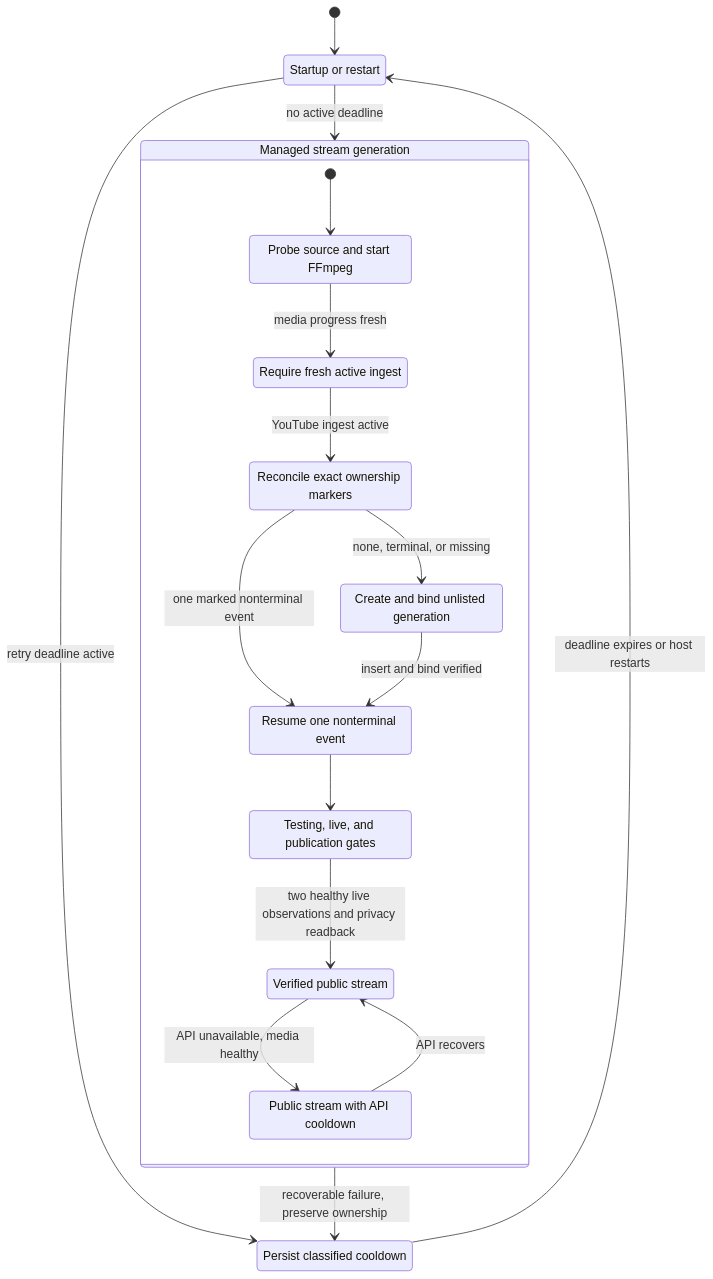
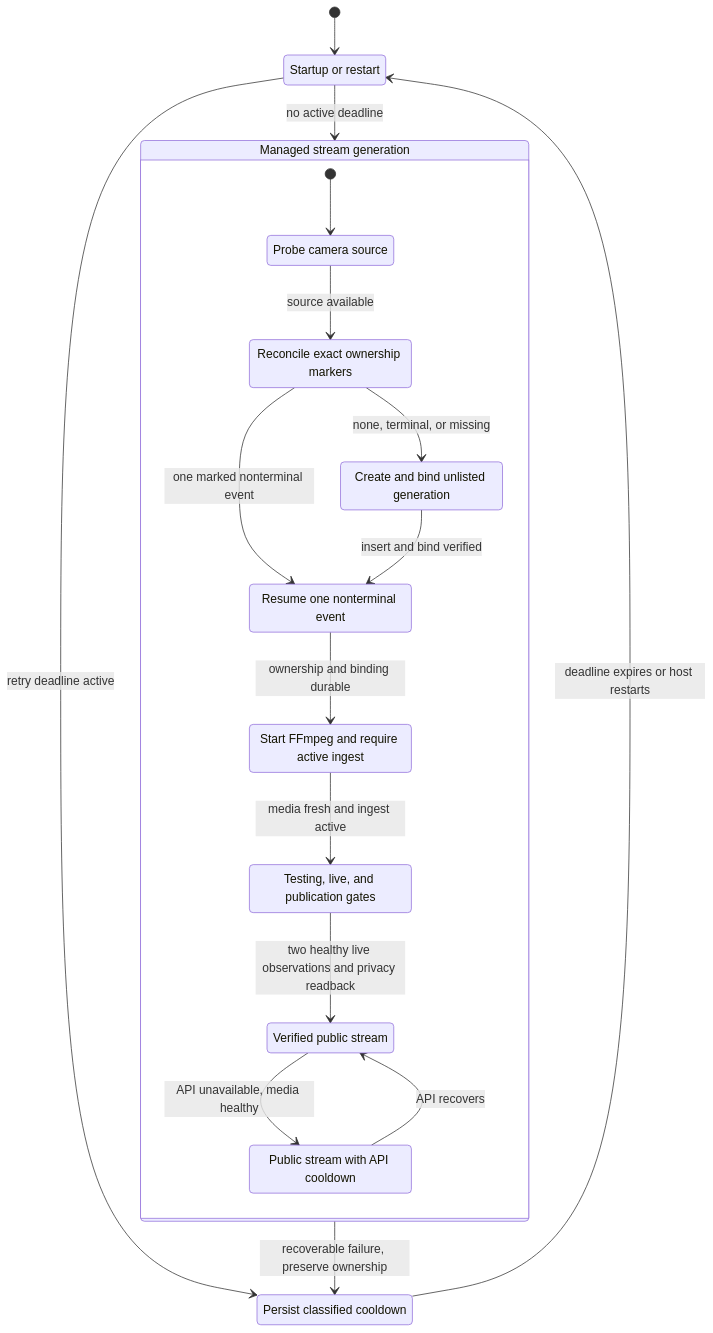
One commit to sumitake/YouTube-AutoEncoder changed the second of 3 diagrams in docs/architecture-and-flows.md. Above: the diagram before and after it, drawn with Mermaid. The commit also changed 9 other files, not shown here.

First line of the commit message:
Stage managed broadcast before starting ingest (#11)

````diff
--- a/docs/architecture-and-flows.md
+++ b/docs/architecture-and-flows.md
@@ -62,32 +62,32 @@
 ```mermaid
 stateDiagram-v2
     state "Startup or restart" as RecoveryStartup
     state "Managed stream generation" as RecoveryGeneration {
-        state "Probe source and start FFmpeg" as RecoveryMedia
-        state "Require fresh active ingest" as RecoveryIngest
+        state "Probe camera source" as RecoveryProbe
         state "Reconcile exact ownership markers" as RecoveryReconcile
         state "Create and bind unlisted generation" as RecoveryCreate
         state "Resume one nonterminal event" as RecoveryManaged
+        state "Start FFmpeg and require active ingest" as RecoveryMedia
         state "Testing, live, and publication gates" as RecoveryGates
         state "Verified public stream" as RecoveryStable
         state "Public stream with API cooldown" as RecoveryPublicFallback
 
-        [*] --> RecoveryMedia
-        RecoveryMedia --> RecoveryIngest : media progress fresh
-        RecoveryIngest --> RecoveryReconcile : YouTube ingest active
+        [*] --> RecoveryProbe
+        RecoveryProbe --> RecoveryReconcile : source available
         RecoveryReconcile --> RecoveryManaged : one marked nonterminal event
         RecoveryReconcile --> RecoveryCreate : none, terminal, or missing
         RecoveryCreate --> RecoveryManaged : insert and bind verified
-        RecoveryManaged --> RecoveryGates
+        RecoveryManaged --> RecoveryMedia : ownership and binding durable
+        RecoveryMedia --> RecoveryGates : media fresh and ingest active
         RecoveryGates --> RecoveryStable : two healthy live observations and privacy readback
         RecoveryStable --> RecoveryPublicFallback : API unavailable, media healthy
         RecoveryPublicFallback --> RecoveryStable : API recovers
     }
     state "Persist classified cooldown" as RecoveryBackoff
 
     [*] --> RecoveryStartup
     RecoveryStartup --> RecoveryBackoff : retry deadline active
     RecoveryBackoff --> RecoveryStartup : deadline expires or host restarts
     RecoveryStartup --> RecoveryGeneration : no active deadline
     RecoveryGeneration --> RecoveryBackoff : recoverable failure, preserve ownership
 ```
````
